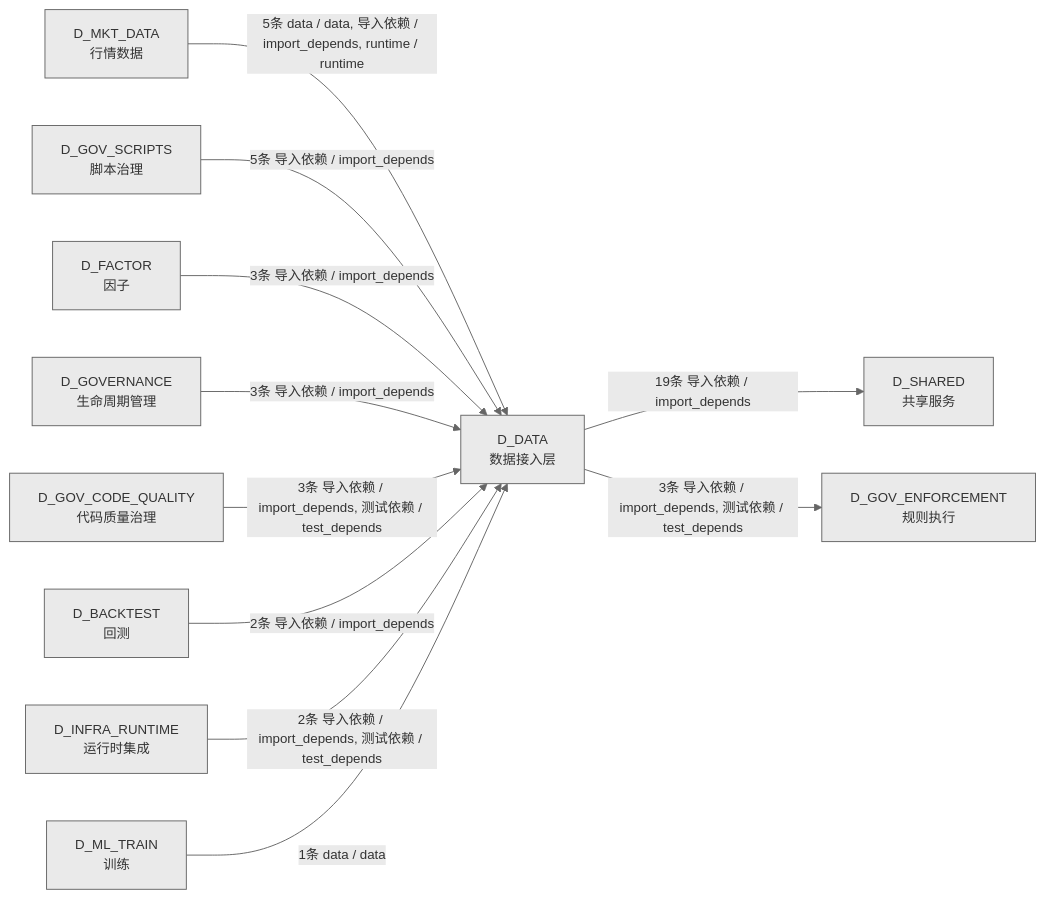
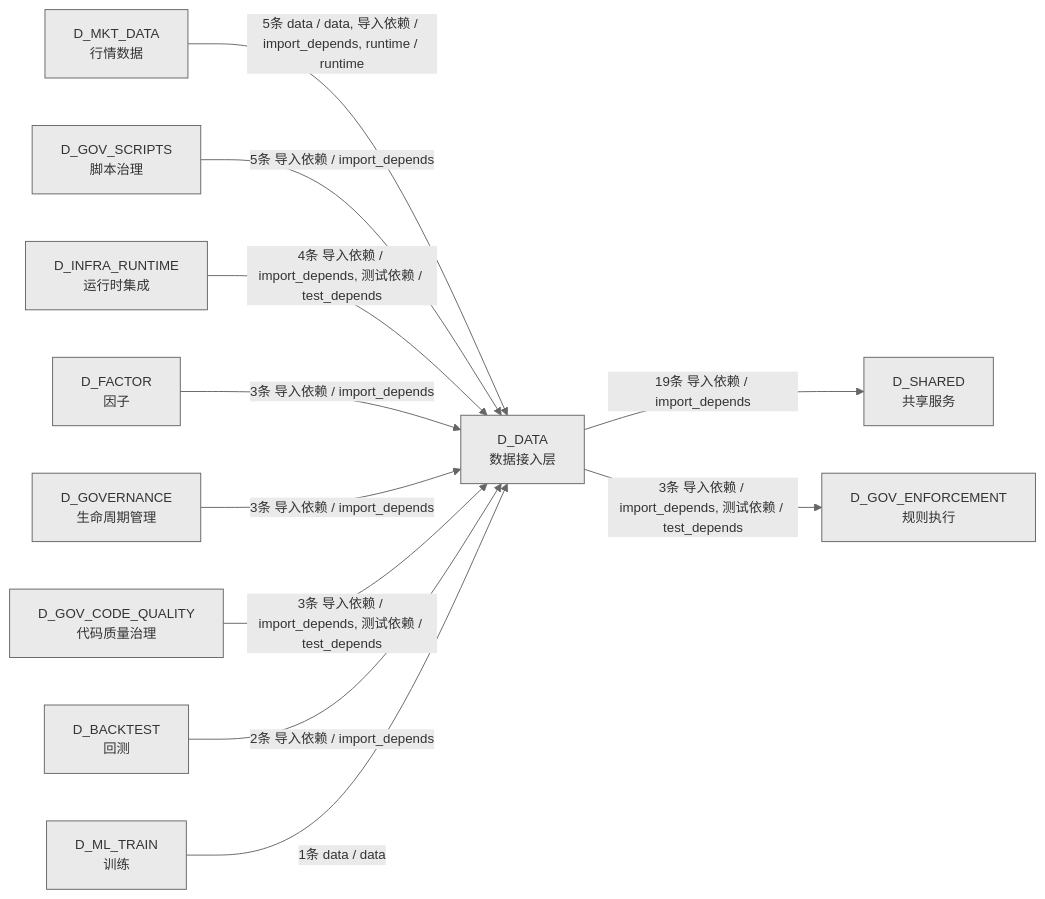
Before and after one commit to xuanFelixVan/ZephyrAlpha: the fourth of 4 diagrams in docs/02_enterprise_architecture/02_domain_architecture_docs/11_d_data.md, drawn with Mermaid. The commit also changed other lines of this file and 10 other files, not shown here.

````diff
--- a/docs/02_enterprise_architecture/02_domain_architecture_docs/11_d_data.md
+++ b/docs/02_enterprise_architecture/02_domain_architecture_docs/11_d_data.md
@@ -1370,25 +1372,25 @@
 ```mermaid
 %%{init: {'theme': 'base', 'themeVariables': {'primaryColor': '#eaeaea', 'primaryTextColor': '#333333', 'primaryBorderColor': '#666666', 'lineColor': '#666666', 'secondaryColor': '#eaeaea', 'tertiaryColor': '#eaeaea', 'fontSize': '14px'}}}%%
 graph LR
     D_DATA["D_DATA<br/>数据接入层"]
     D_SHARED["D_SHARED<br/>共享服务"]
     D_GOV_ENFORCEMENT["D_GOV_ENFORCEMENT<br/>规则执行"]
     D_MKT_DATA["D_MKT_DATA<br/>行情数据"]
     D_GOV_SCRIPTS["D_GOV_SCRIPTS<br/>脚本治理"]
+    D_INFRA_RUNTIME["D_INFRA_RUNTIME<br/>运行时集成"]
     D_FACTOR["D_FACTOR<br/>因子"]
     D_GOVERNANCE["D_GOVERNANCE<br/>生命周期管理"]
     D_GOV_CODE_QUALITY["D_GOV_CODE_QUALITY<br/>代码质量治理"]
     D_BACKTEST["D_BACKTEST<br/>回测"]
-    D_INFRA_RUNTIME["D_INFRA_RUNTIME<br/>运行时集成"]
     D_ML_TRAIN["D_ML_TRAIN<br/>训练"]
     D_DATA -->|19条 导入依赖 / import_depends| D_SHARED
     D_DATA -->|3条 导入依赖 / import_depends, 测试依赖 / test_depends| D_GOV_ENFORCEMENT
     D_MKT_DATA -->|5条 data / data, 导入依赖 / import_depends, runtime / runtime| D_DATA
     D_GOV_SCRIPTS -->|5条 导入依赖 / import_depends| D_DATA
+    D_INFRA_RUNTIME -->|4条 导入依赖 / import_depends, 测试依赖 / test_depends| D_DATA
     D_FACTOR -->|3条 导入依赖 / import_depends| D_DATA
     D_GOVERNANCE -->|3条 导入依赖 / import_depends| D_DATA
     D_GOV_CODE_QUALITY -->|3条 导入依赖 / import_depends, 测试依赖 / test_depends| D_DATA
     D_BACKTEST -->|2条 导入依赖 / import_depends| D_DATA
-    D_INFRA_RUNTIME -->|2条 导入依赖 / import_depends, 测试依赖 / test_depends| D_DATA
     D_ML_TRAIN -->|1条 data / data| D_DATA
 ```
````
